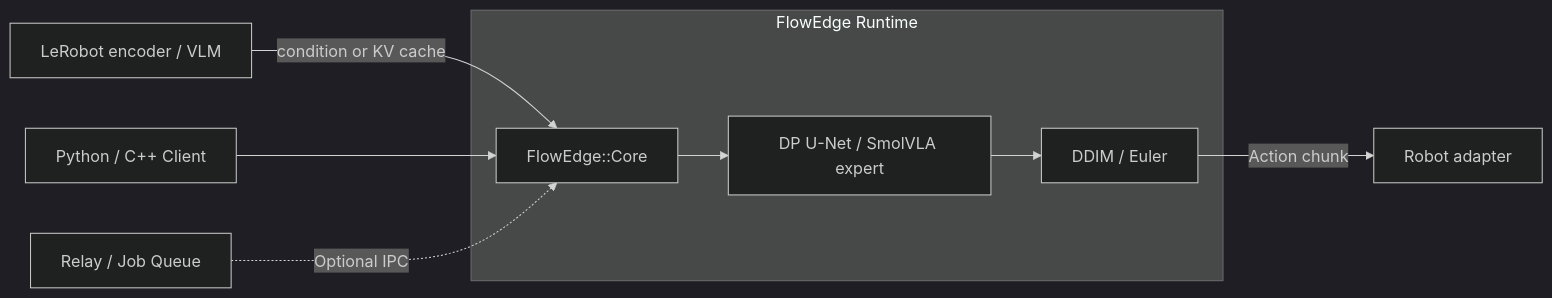
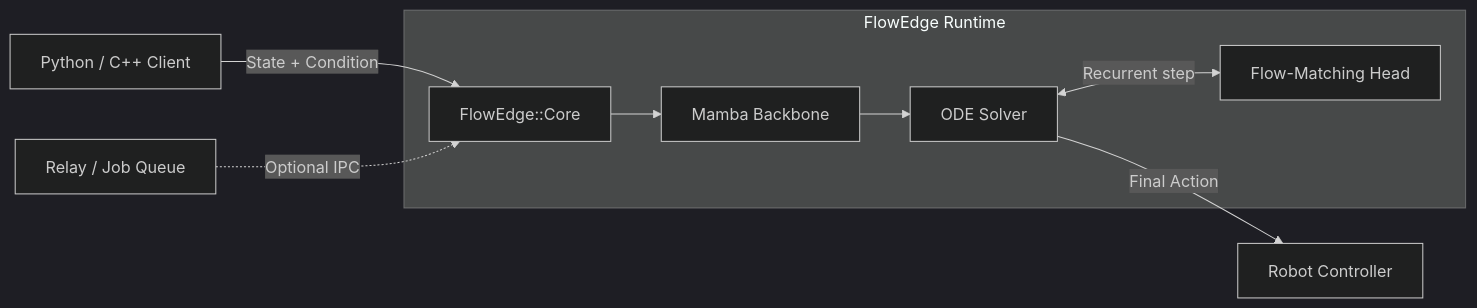
The first of 3 diagrams in README.md (elprofesoriqo/FlowEdge), drawn with Mermaid (dark theme) before and after one commit. The commit also changed other lines of this file and 8 other files, not shown here.

Commit message:
docs: keep the flow-matching runtime pitch and add LeRobot flags

````diff
--- a/README.md
+++ b/README.md
@@ -87,11 +128,11 @@
 ```mermaid
 flowchart LR
-    LeRobot[LeRobot encoder / VLM] -->|condition or KV cache| Core[FlowEdge::Core]
-    Client[Python / C++ Client] --> Core
+    Client[Python / C++ Client] -->|State + Condition| Core[FlowEdge::Core]
     subgraph Engine [FlowEdge Runtime]
-        Core --> Policy[DP U-Net / SmolVLA expert]
-        Policy --> Solver[DDIM / Euler]
+        Core --> Backbone[Mamba Backbone]
+        Backbone --> Solver[ODE Solver]
+        Solver <-->|Recurrent step| Head[Flow-Matching Head]
     end
-    Solver -->|Action chunk| Output[Robot adapter]
+    Solver -->|Final Action| Output[Robot Controller]
     Relay[Relay / Job Queue] -.->|Optional IPC| Core
 ```
````
